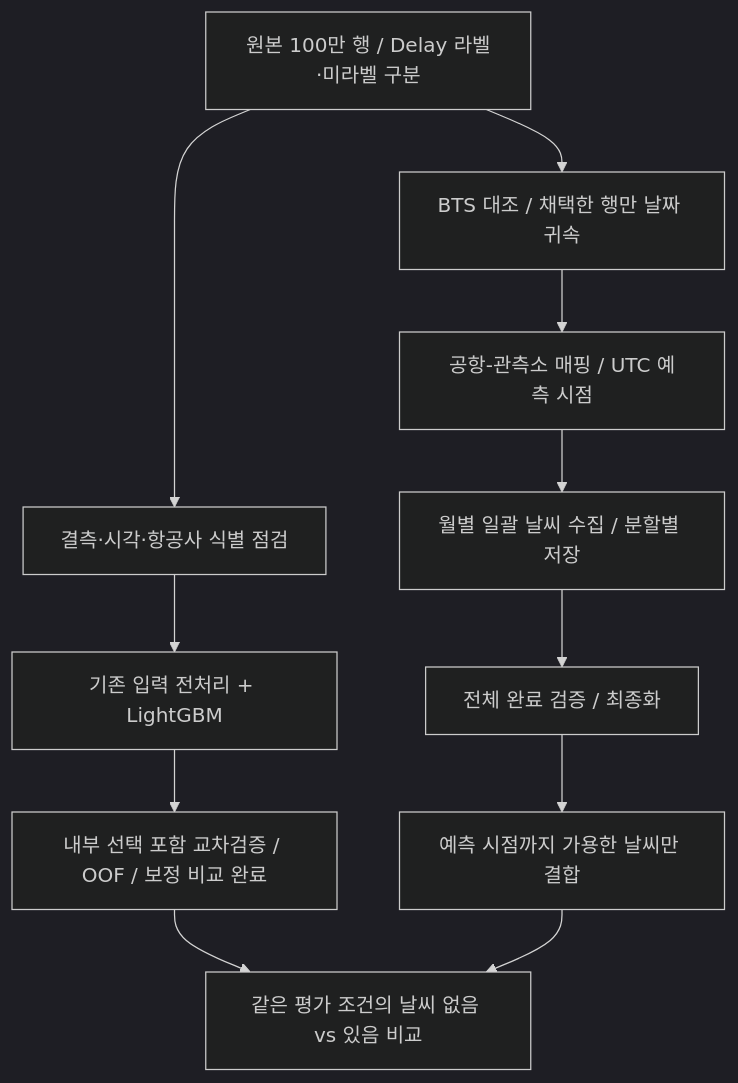
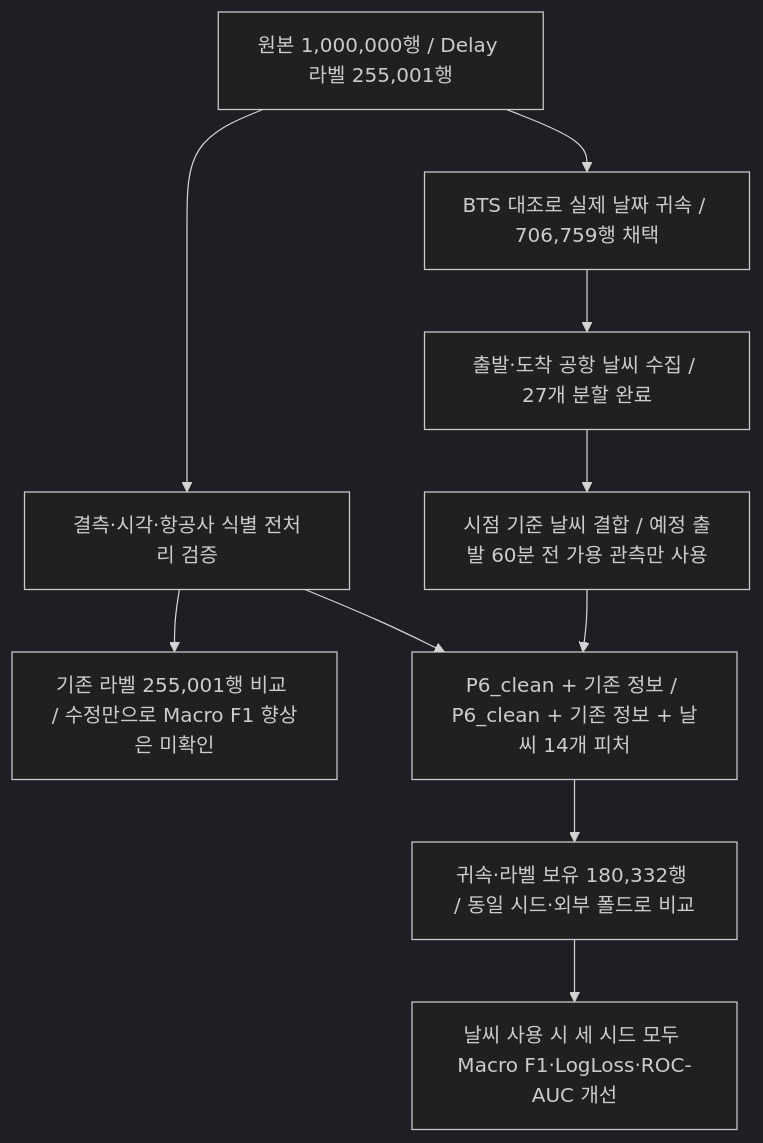
One commit to Peter-jackson12/Airplane changed the first of 3 diagrams in README.md. Above: the diagram before and after it, drawn with Mermaid (dark theme). The commit also changed other lines of this file and 10 other files, not shown here.

````diff
--- a/README.md
+++ b/README.md
@@ -114,13 +107,12 @@
 ```mermaid
 flowchart TD
-    A["원본 100만 행 / Delay 라벨·미라벨 구분"] --> B["결측·시각·항공사 식별 점검"]
-    B --> C["기존 입력 전처리 + LightGBM"]
-    C --> D["내부 선택 포함 교차검증 / OOF / 보정 비교 완료"]
-    A --> E["BTS 대조 / 채택한 행만 날짜 귀속"]
-    E --> F["공항-관측소 매핑 / UTC 예측 시점"]
-    F --> G["월별 일괄 날씨 수집 / 분할별 저장"]
-    G --> H["전체 완료 검증 / 최종화"]
-    H --> I["예측 시점까지 가용한 날씨만 결합"]
-    D --> J["같은 평가 조건의 날씨 없음 vs 있음 비교"]
-    I --> J
+    A["원본 1,000,000행 / Delay 라벨 255,001행"] --> B["결측·시각·항공사 식별 전처리 검증"]
+    B --> C["기존 라벨 255,001행 비교 / 수정만으로 Macro F1 향상은 미확인"]
+    A --> D["BTS 대조로 실제 날짜 귀속 / 706,759행 채택"]
+    D --> E["출발·도착 공항 날씨 수집 / 27개 분할 완료"]
+    E --> F["시점 기준 날씨 결합 / 예정 출발 60분 전 가용 관측만 사용"]
+    B --> G["P6_clean + 기존 정보 / P6_clean + 기존 정보 + 날씨 14개 피처"]
+    F --> G
+    G --> H["귀속·라벨 보유 180,332행 / 동일 시드·외부 폴드로 비교"]
+    H --> I["날씨 사용 시 세 시드 모두 Macro F1·LogLoss·ROC-AUC 개선"]
 ```
````
